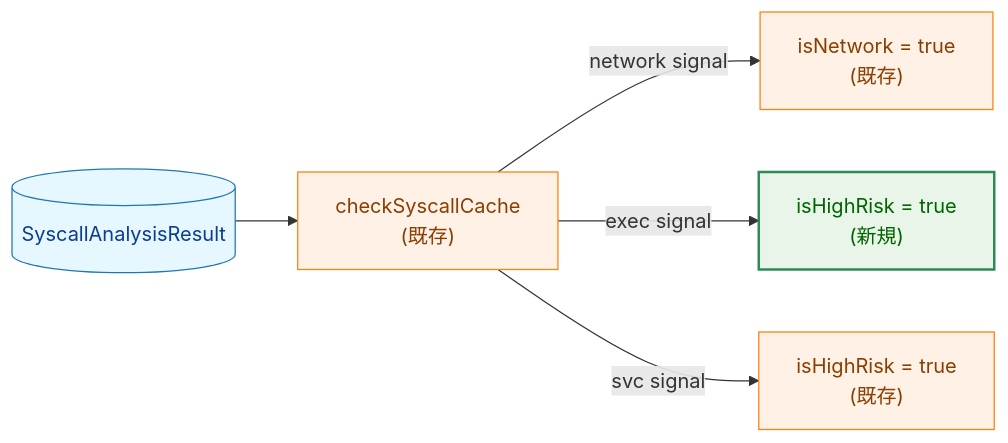
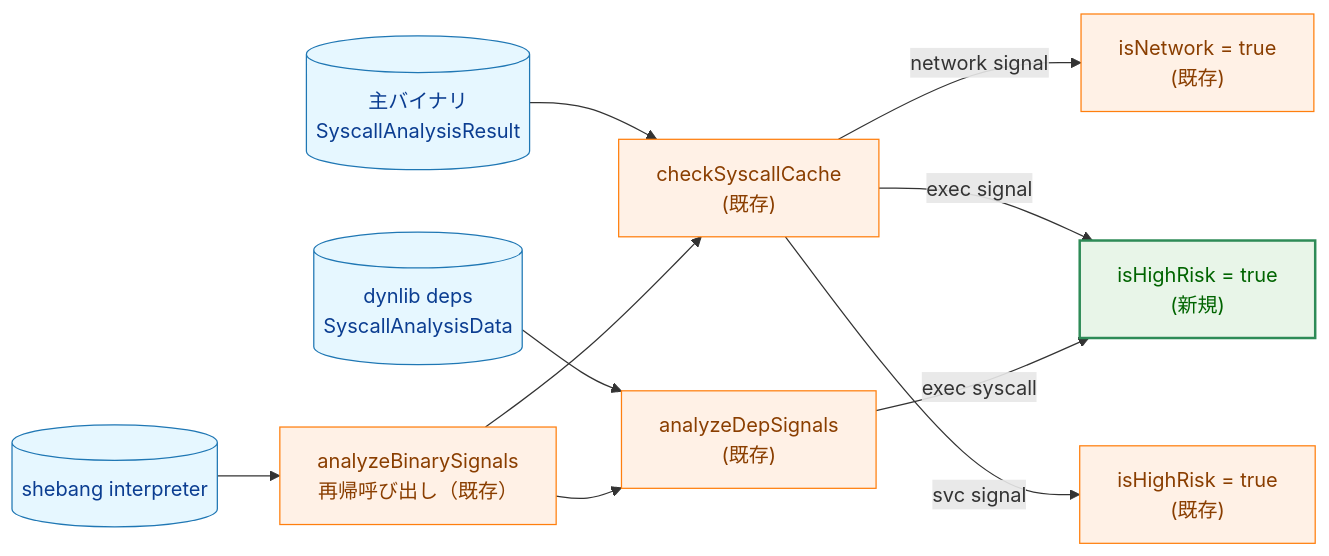
One commit to isseis/go-safe-cmd-runner changed the first of 10 diagrams in docs/tasks/0128_exec_syscall_detection/02_architecture.md. Above: the diagram before and after it, drawn with Mermaid. The commit also changed other lines of this file and 3 other files, not shown here.

First line of the commit message:
docs(task-0128): expand scope to dynlib deps and shebang chain

````diff
--- a/docs/tasks/0128_exec_syscall_detection/02_architecture.md
+++ b/docs/tasks/0128_exec_syscall_detection/02_architecture.md
@@ -23,15 +23,22 @@
 ```mermaid
 flowchart LR
     classDef data fill:#e6f7ff,stroke:#1f77b4,stroke-width:1px,color:#0b3d91
     classDef existing fill:#fff1e6,stroke:#ff7f0e,stroke-width:1px,color:#8a3e00
     classDef new fill:#e8f5e8,stroke:#2e8b57,stroke-width:2px,color:#006400
 
-    A[("SyscallAnalysisResult")] --> B["checkSyscallCache<br>(既存)"]
+    A[("主バイナリ<br>SyscallAnalysisResult")] --> B["checkSyscallCache<br>(既存)"]
     B -->|"network signal"| C["isNetwork = true<br>(既存)"]
     B -->|"exec signal"| D["isHighRisk = true<br>(新規)"]
     B -->|"svc signal"| E["isHighRisk = true<br>(既存)"]
 
-    class A data
-    class B,C,E existing
+    F[("dynlib deps<br>SyscallAnalysisData")] --> G["analyzeDepSignals<br>(既存)"]
+    G -->|"exec syscall"| D
+
+    H[("shebang interpreter")] --> I["analyzeBinarySignals<br>再帰呼び出し（既存）"]
+    I --> B
+    I --> G
+
+    class A,F,H data
+    class B,C,E,G,I existing
     class D new
 ```
````
